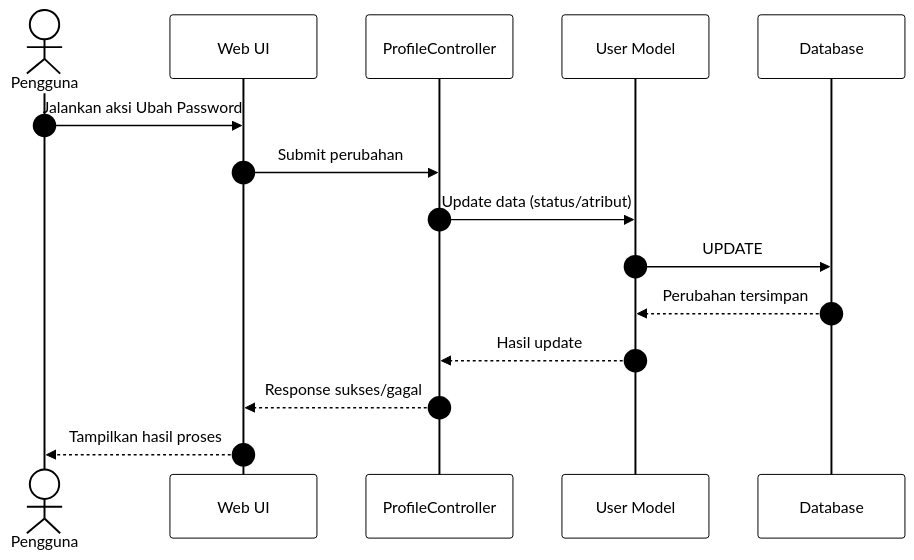
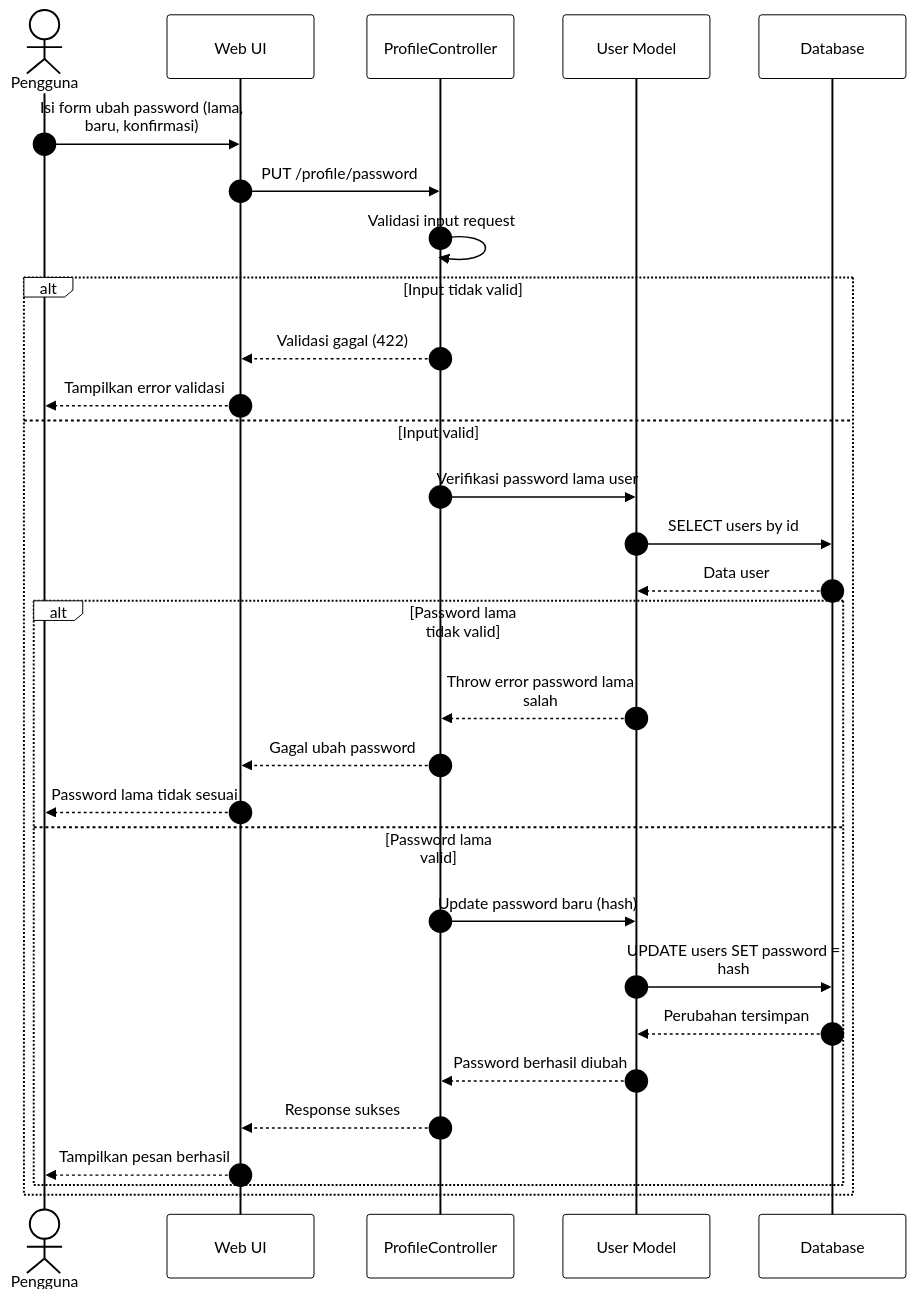
One commit to SulaimanHafi23/SimpegRSHDI changed the diagram in docs/SequenceDiagram/Profil-UbahPassword.mermaid. Above: the diagram before and after it, drawn with Mermaid. The commit also changed 637 other files, not shown here.

Commit message:
update sequence

```diff
--- a/docs/SequenceDiagram/Profil-UbahPassword.mermaid
+++ b/docs/SequenceDiagram/Profil-UbahPassword.mermaid
@@ -1,17 +1,32 @@
 %%{init: {"theme": "base", "themeVariables": {"background": "#dddddd", "primaryColor": "#ffffff", "primaryBorderColor": "#000000", "primaryTextColor": "#000000", "lineColor": "#000000", "textColor": "#000000", "actorBkg": "#ffffff", "actorBorder": "#000000", "actorTextColor": "#000000", "activationBkgColor": "#ffffff", "activationBorderColor": "#000000", "signalColor": "#000000", "signalTextColor": "#000000", "labelBoxBkgColor": "#ffffff", "labelBoxBorderColor": "#000000", "labelTextColor": "#000000", "sequenceNumberColor": "#000000", "noteBkgColor": "#ffffff", "noteBorderColor": "#000000", "noteTextColor": "#000000"}, "sequence": {"useMaxWidth": true, "wrap": true, "messageFontSize": 12, "noteFontSize": 12}}}%%
 sequenceDiagram
     autonumber
     actor A as Pengguna
     participant UI as Web UI
     participant C as ProfileController
     participant M as User Model
     participant DB as Database
 
-    A->>UI: Jalankan aksi Ubah Password
-    UI->>C: Submit perubahan
-    C->>M: Update data (status/atribut)
-    M->>DB: UPDATE
-    DB-->>M: Perubahan tersimpan
-    M-->>C: Hasil update
-    C-->>UI: Response sukses/gagal
-    UI-->>A: Tampilkan hasil proses
+    A->>UI: Isi form ubah password (lama, baru, konfirmasi)
+    UI->>C: PUT /profile/password
+    C->>C: Validasi input request
+    alt Input tidak valid
+        C-->>UI: Validasi gagal (422)
+        UI-->>A: Tampilkan error validasi
+    else Input valid
+        C->>M: Verifikasi password lama user
+        M->>DB: SELECT users by id
+        DB-->>M: Data user
+        alt Password lama tidak valid
+            M-->>C: Throw error password lama salah
+            C-->>UI: Gagal ubah password
+            UI-->>A: Password lama tidak sesuai
+        else Password lama valid
+            C->>M: Update password baru (hash)
+            M->>DB: UPDATE users SET password = hash
+            DB-->>M: Perubahan tersimpan
+            M-->>C: Password berhasil diubah
+            C-->>UI: Response sukses
+            UI-->>A: Tampilkan pesan berhasil
+        end
+    end
```
